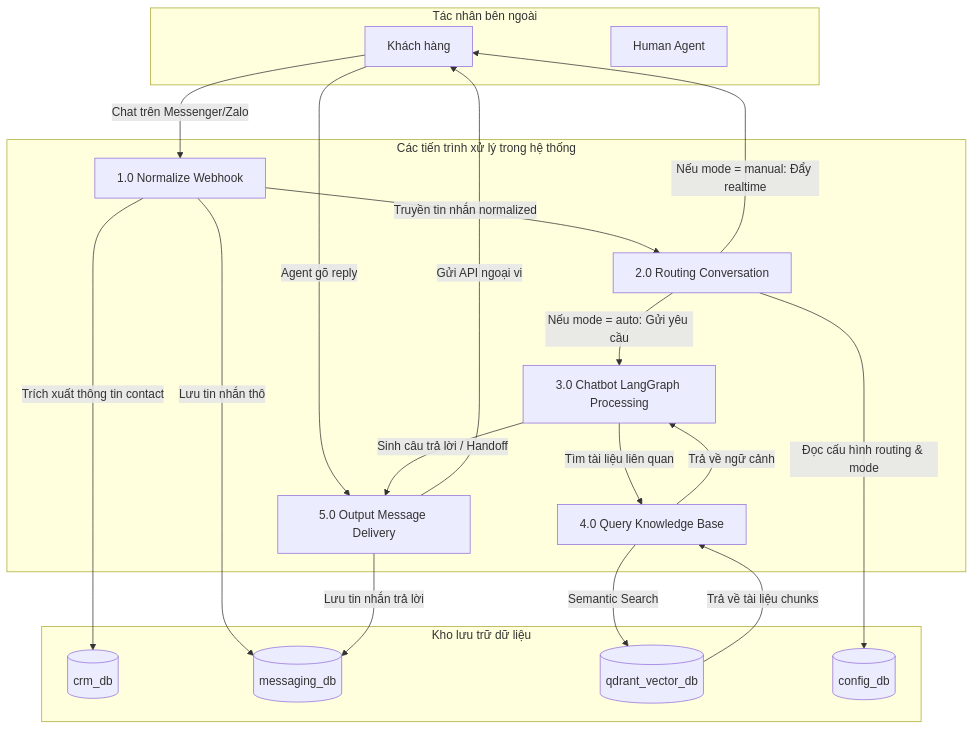
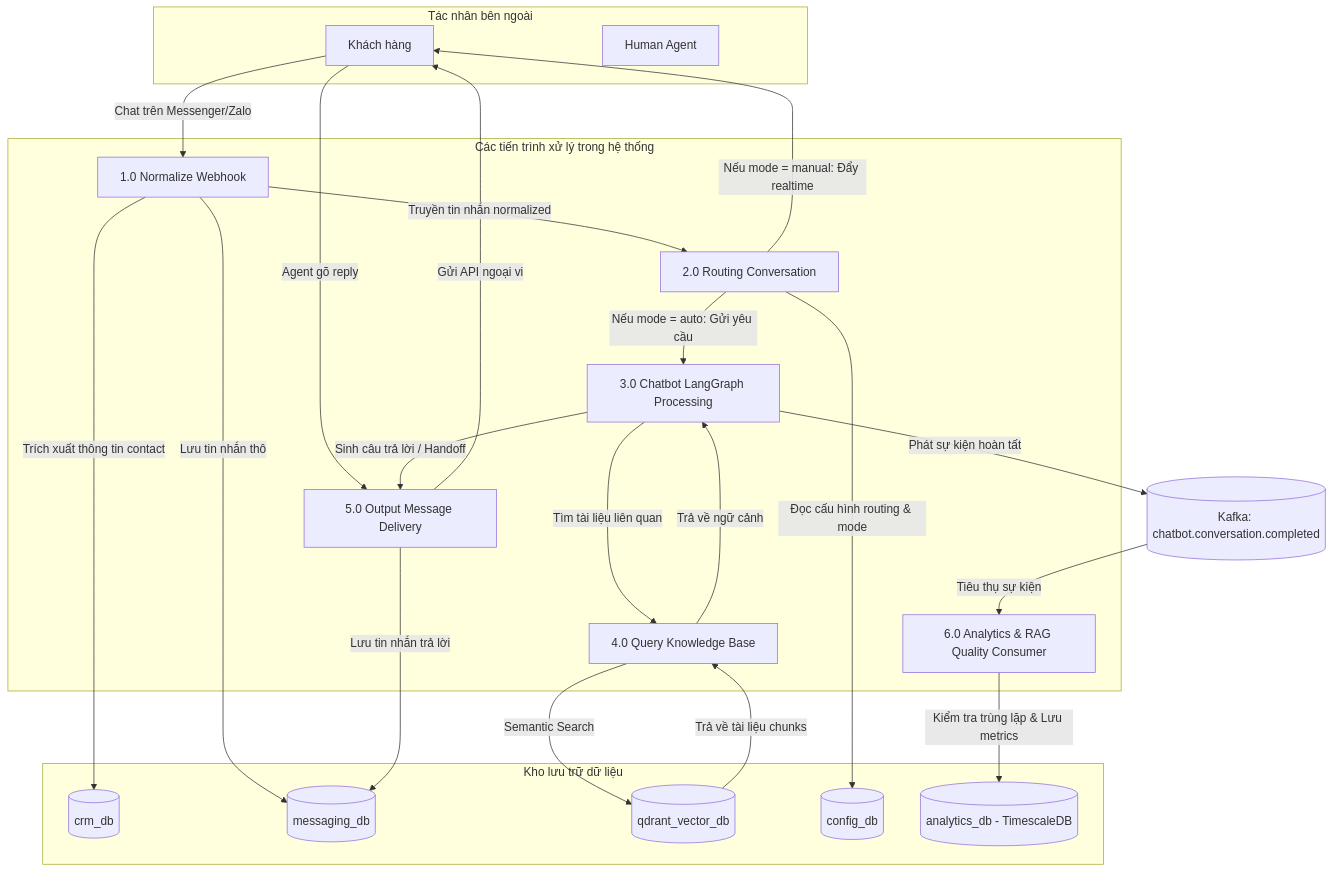
Before and after one commit to hugg4u/solavie-platform: the third of 3 diagrams in docs/SRS/08_Data_Models.md, drawn with Mermaid. The commit also changed other lines of this file and 36 other files, not shown here.

Commit message:
docs: sync and update system requirements and service specifications for Query Rewriter and RAG Quality

````diff
--- a/docs/SRS/08_Data_Models.md
+++ b/docs/SRS/08_Data_Models.md
@@ -471,42 +523,48 @@
 ```mermaid
 graph TD
     subgraph "Tác nhân bên ngoài"
         KH[Khách hàng]
         Agent[Human Agent]
     end
 
     subgraph "Các tiến trình xử lý trong hệ thống"
         P1[1.0 Normalize Webhook]
         P2[2.0 Routing Conversation]
         P3[3.0 Chatbot LangGraph Processing]
         P4[4.0 Query Knowledge Base]
         P5[5.0 Output Message Delivery]
+        P6[6.0 Analytics & RAG Quality Consumer]
     end
 
     subgraph "Kho lưu trữ dữ liệu"
         D1[(crm_db)]
         D2[(messaging_db)]
         D3[(qdrant_vector_db)]
         D4[(config_db)]
+        D5[(analytics_db - TimescaleDB)]
     end
 
     KH -->|Chat trên Messenger/Zalo| P1
     P1 -->|Trích xuất thông tin contact| D1
     P1 -->|Lưu tin nhắn thô| D2
     P1 -->|Truyền tin nhắn normalized| P2
     
     P2 -->|Đọc cấu hình routing & mode| D4
     
     P2 -->|Nếu mode = manual: Đẩy realtime| KH
     KH -->|Agent gõ reply| P5
     
     P2 -->|Nếu mode = auto: Gửi yêu cầu| P3
     P3 -->|Tìm tài liệu liên quan| P4
     P4 -->|Semantic Search| D3
     D3 -->|Trả về tài liệu chunks| P4
     P4 -->|Trả về ngữ cảnh| P3
     
     P3 -->|Sinh câu trả lời / Handoff| P5
     P5 -->|Lưu tin nhắn trả lời| D2
     P5 -->|Gửi API ngoại vi| KH
+    
+    P3 -->|Phát sự kiện hoàn tất| K[("Kafka: chatbot.conversation.completed")]
+    K -->|Tiêu thụ sự kiện| P6
+    P6 -->|Kiểm tra trùng lặp & Lưu metrics| D5
 ```
````
